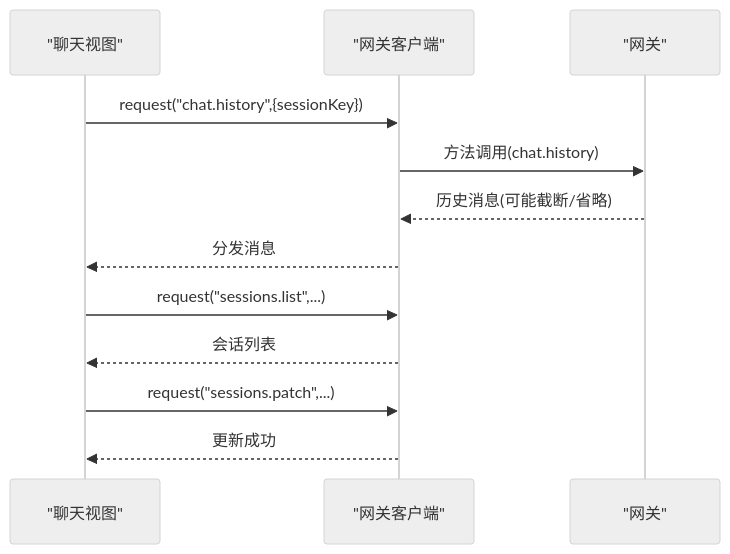
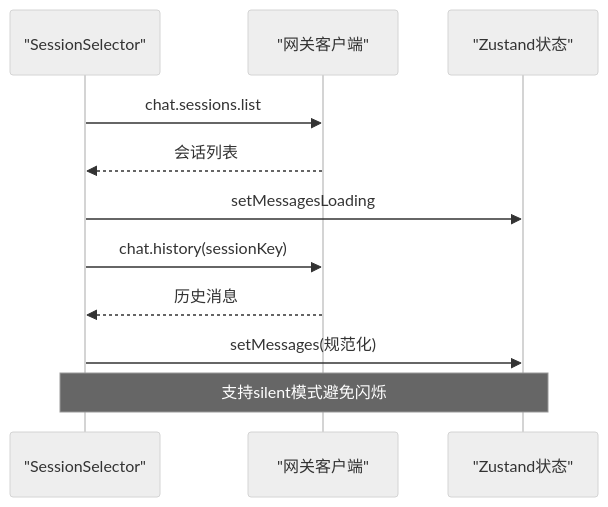
One commit to verse-ai-org/openclaw changed the seventh of 9 diagrams in .qoder/repowiki/zh/content/Web界面/WebChat界面.md. Above: the diagram before and after it, drawn with Mermaid (neutral theme). The commit also changed other lines of this file and 19 other files, not shown here.

````diff
--- a/.qoder/repowiki/zh/content/Web界面/WebChat界面.md
+++ b/.qoder/repowiki/zh/content/Web界面/WebChat界面.md
@@ -227,14 +359,13 @@
 ```mermaid
 sequenceDiagram
-participant UI as "聊天视图"
+participant UI as "SessionSelector"
 participant Client as "网关客户端"
-participant Gateway as "网关"
-UI->>Client : request("chat.history",{sessionKey})
-Client->>Gateway : 方法调用(chat.history)
-Gateway-->>Client : 历史消息(可能截断/省略)
-Client-->>UI : 分发消息
-UI->>Client : request("sessions.list",...)
+participant Store as "Zustand状态"
+UI->>Client : chat.sessions.list
 Client-->>UI : 会话列表
-UI->>Client : request("sessions.patch",...)
-Client-->>UI : 更新成功
+UI->>Store : setMessagesLoading
+UI->>Client : chat.history(sessionKey)
+Client-->>UI : 历史消息
+UI->>Store : setMessages(规范化)
+Note over UI,Store : 支持silent模式避免闪烁
 ```
````
